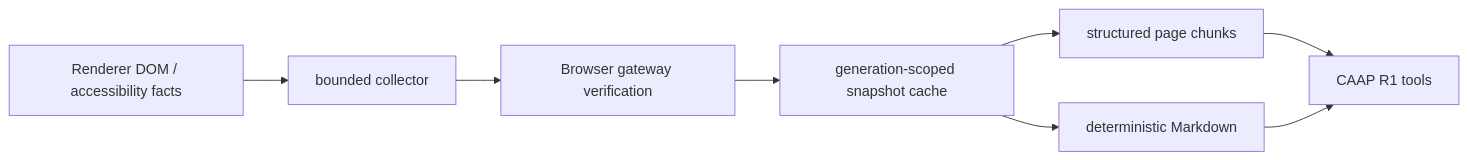
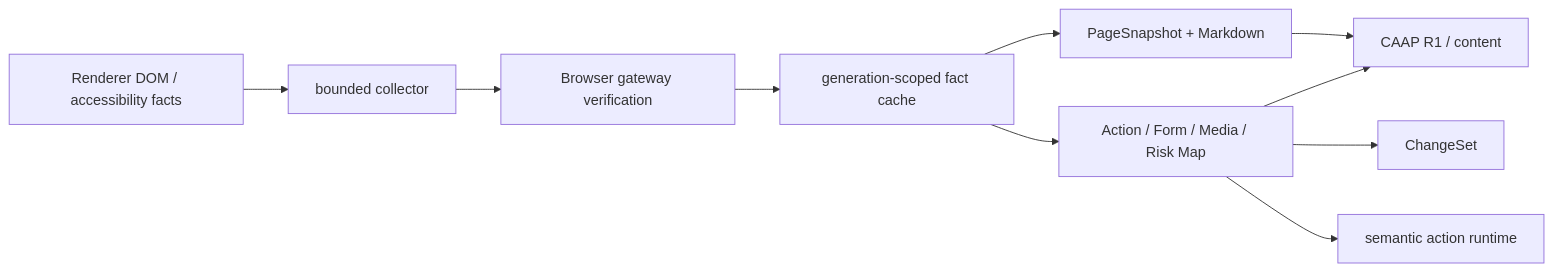
The second of 4 diagrams in docs/current/architecture.md (shenyingjun5/crayon-browser), drawn with Mermaid before and after one commit. The commit also changed other lines of this file and 26 other files, not shown here.

Commit message:
docs(product): align Agent-native PRD and roadmaps

````diff
--- a/docs/current/architecture.md
+++ b/docs/current/architecture.md
@@ -95,10 +90,12 @@
 ```mermaid
 flowchart LR
   DOM["Renderer DOM / accessibility facts"] --> COLLECT["bounded collector"]
   COLLECT --> VERIFY["Browser gateway verification"]
-  VERIFY --> CACHE["generation-scoped snapshot cache"]
-  CACHE --> STRUCT["structured page chunks"]
-  CACHE --> MARKDOWN["deterministic Markdown"]
-  STRUCT --> TOOL["CAAP R1 tools"]
-  MARKDOWN --> TOOL
+  VERIFY --> CACHE["generation-scoped fact cache"]
+  CACHE --> SNAP["PageSnapshot + Markdown"]
+  CACHE --> MAPS["Action / Form / Media / Risk Map"]
+  MAPS --> DELTA["ChangeSet"]
+  SNAP --> READ["CAAP R1 / content"]
+  MAPS --> READ
+  MAPS --> ACT["semantic action runtime"]
 ```
````
